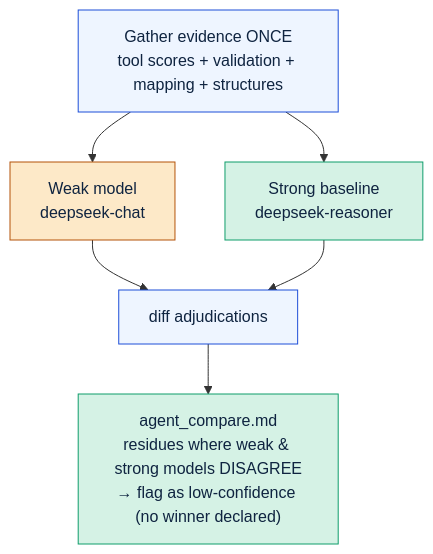
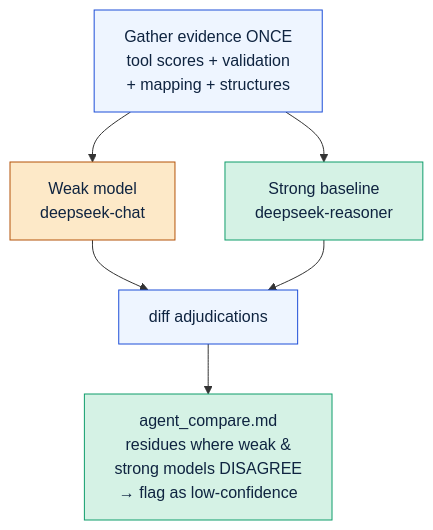
One commit to TLDDODO/sv-agent-poc changed the second of 2 diagrams in FLOW.md. Above: the diagram before and after it, drawn with Mermaid.

````diff
--- a/FLOW.md
+++ b/FLOW.md
@@ -69,17 +69,28 @@
 ```mermaid
 flowchart TD
-    EV["Gather evidence ONCE<br/>tool scores + validation + mapping + structures"]
-    EV --> W["Weak model<br/>deepseek-chat"]
-    EV --> S["Strong baseline<br/>deepseek-reasoner"]
-    W --> D["diff adjudications"]
-    S --> D
-    D --> OUT["agent_compare.md<br/>residues where weak & strong models DISAGREE<br/>→ flag as low-confidence (no winner declared)"]
+    EV["Gather evidence ONCE
+    tool scores + validation
+    + mapping + structures"]
+    
+    EV --> W["Weak model
+    deepseek-chat"]
+    EV --> S["Strong baseline
+    deepseek-reasoner"]
+    
+    W --> D["diff adjudications"]
+    S --> D
+    
+    D --> OUT["agent_compare.md
+    residues where weak &
+    strong models DISAGREE
+    → flag as low-confidence"]
 
-    classDef agent fill:#eef5ff,stroke:#1d4ed8,color:#0f2440;
-    classDef warn fill:#fde9c8,stroke:#b45309,color:#0f2440;
-    classDef good fill:#d5f2e5,stroke:#0f9d6b,color:#0f2440;
-    class EV agent;
-    class W warn;
-    class S,OUT good;
-    class D agent;
+    classDef agent fill:#eef5ff,stroke:#1d4ed8,color:#0f2440;
+    classDef warn fill:#fde9c8,stroke:#b45309,color:#0f2440;
+    classDef good fill:#d5f2e5,stroke:#0f9d6b,color:#0f2440;
+    
+    class EV agent;
+    class W warn;
+    class S,OUT good;
+    class D agent;
 ```
````
